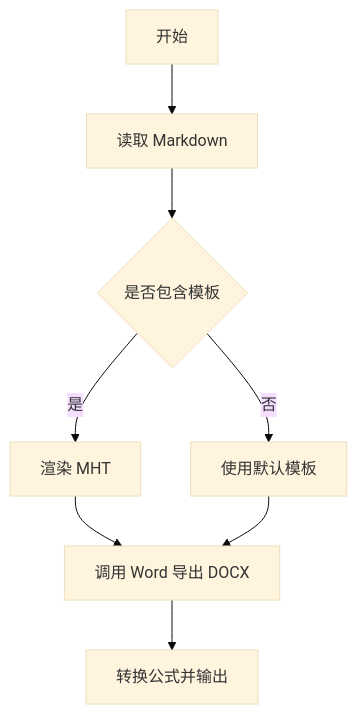
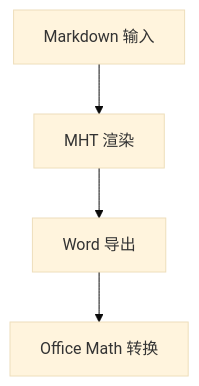
The diagram in example.md (cp-yu/md2word), drawn with Mermaid (base theme) before and after one commit. The commit also changed other lines of this file and 1 other file, not shown here.

First line of the commit message:
docs(md2word): 完善能力说明与回归样例

````diff
--- a/example.md
+++ b/example.md
@@ -49,10 +100,6 @@
 ```mermaid
 flowchart TD
-    A[开始] --> B[读取 Markdown]
-    B --> C{是否包含模板}
-    C -->|是| D[渲染 MHT]
-    C -->|否| E[使用默认模板]
-    D --> F[调用 Word 导出 DOCX]
-    E --> F
-    F --> G[转换公式并输出]
+    A[Markdown 输入] --> B[MHT 渲染]
+    B --> C[Word 导出]
+    C --> D[Office Math 转换]
 ```
````
